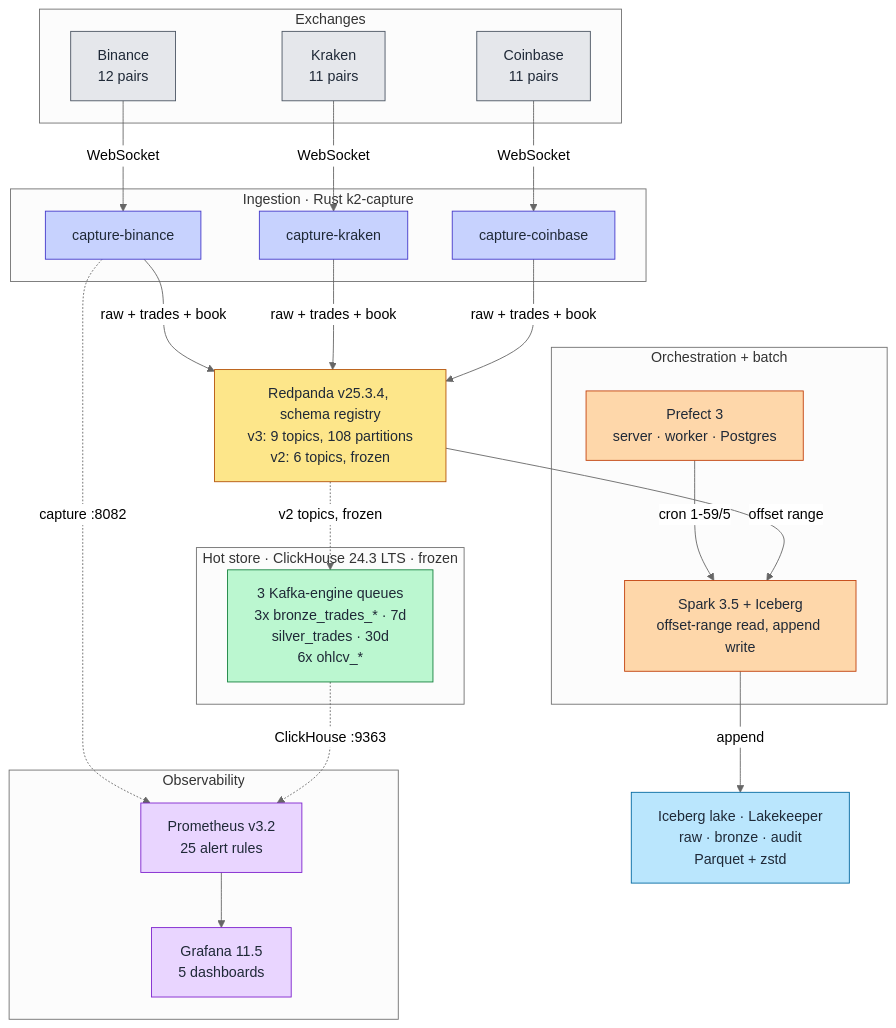
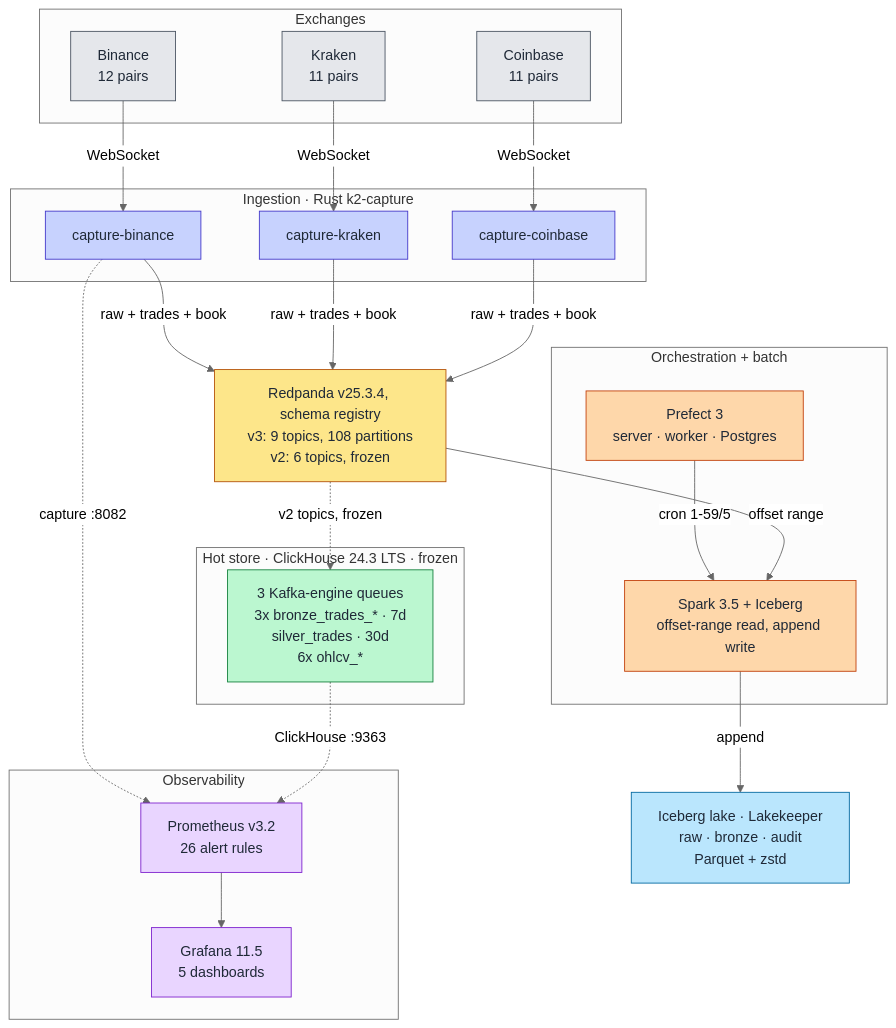
The first of 5 diagrams in docs/architecture/README.md (rjdscott/k2-market-data-platform), drawn with Mermaid (neutral theme) before and after one commit. The commit also changed other lines of this file and 19 other files, not shown here.

````diff
--- a/docs/architecture/README.md
+++ b/docs/architecture/README.md
@@ -13,62 +13,62 @@
 ```mermaid
 flowchart TB
     subgraph EX["Exchanges"]
         BIN["Binance<br/>12 pairs"]
         KRK["Kraken<br/>11 pairs"]
         CBS["Coinbase<br/>11 pairs"]
     end
 
     subgraph FH["Ingestion · Rust k2-capture"]
         FHB["capture-binance"]
         FHK["capture-kraken"]
         FHC["capture-coinbase"]
     end
 
     RP["Redpanda v25.3.4, schema registry<br/>v3: 9 topics, 108 partitions<br/>v2: 6 topics, frozen"]
 
     subgraph CH["Hot store · ClickHouse 24.3 LTS · frozen"]
         MED["3 Kafka-engine queues<br/>3x bronze_trades_* · 7d<br/>silver_trades · 30d<br/>6x ohlcv_*"]
     end
 
     subgraph BATCH["Orchestration + batch"]
         PF["Prefect 3<br/>server · worker · Postgres"]
         SP["Spark 3.5 + Iceberg<br/>offset-range read, append write"]
     end
 
     ICE["Iceberg lake · Lakekeeper<br/>raw · bronze · audit<br/>Parquet + zstd"]
 
     subgraph OBS["Observability"]
-        PR["Prometheus v3.2<br/>25 alert rules"]
+        PR["Prometheus v3.2<br/>26 alert rules"]
         GR["Grafana 11.5<br/>5 dashboards"]
     end
 
     BIN -->|WebSocket| FHB
     KRK -->|WebSocket| FHK
     CBS -->|WebSocket| FHC
     FHB -->|"raw + trades + book"| RP
     FHK -->|"raw + trades + book"| RP
     FHC -->|"raw + trades + book"| RP
     RP -.->|"v2 topics, frozen"| MED
     PF -->|"cron 1-59/5"| SP
     RP -->|"offset range"| SP
     SP -->|append| ICE
     FHB -.->|"capture :8082"| PR
     MED -.->|"ClickHouse :9363"| PR
     PR --> GR
 
     classDef exchange fill:#e5e7eb,stroke:#4b5563,color:#1f2937
     classDef rust fill:#c7d2fe,stroke:#4338ca,color:#1f2937
     classDef stream fill:#fde68a,stroke:#b45309,color:#1f2937
     classDef ch fill:#bbf7d0,stroke:#15803d,color:#1f2937
     classDef batch fill:#fed7aa,stroke:#c2410c,color:#1f2937
     classDef storage fill:#bae6fd,stroke:#0369a1,color:#1f2937
     classDef obs fill:#e9d5ff,stroke:#7e22ce,color:#1f2937
 
     class BIN,KRK,CBS exchange
     class FHB,FHK,FHC rust
     class RP stream
     class MED ch
     class PF,SP batch
     class ICE storage
     class PR,GR obs
 ```
````
